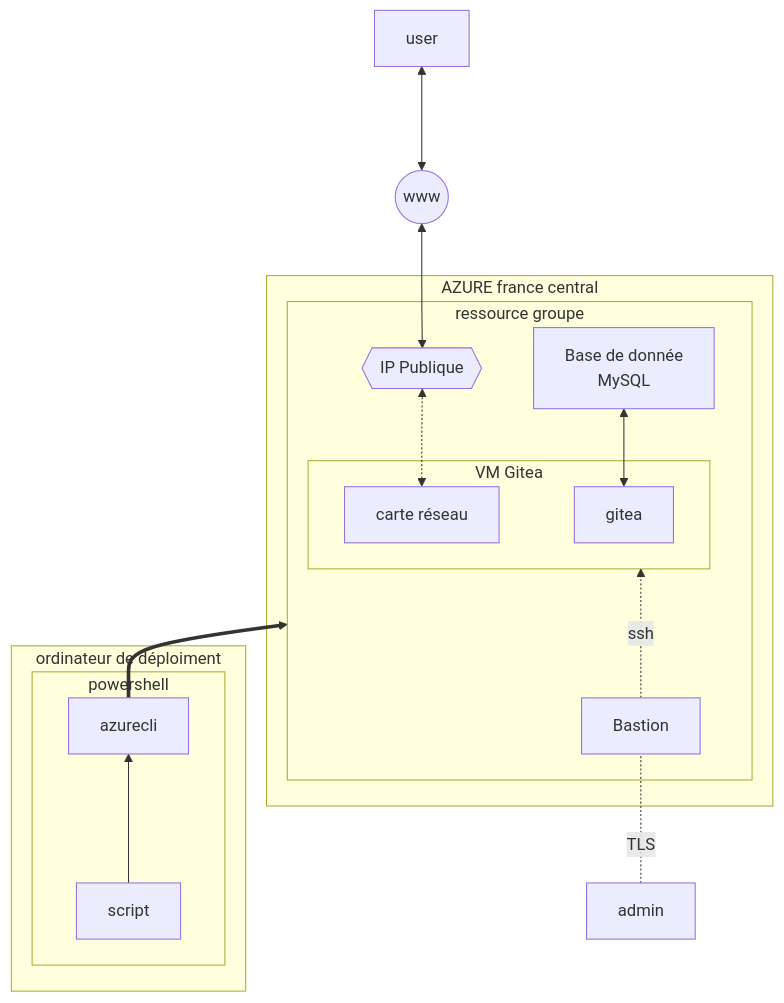
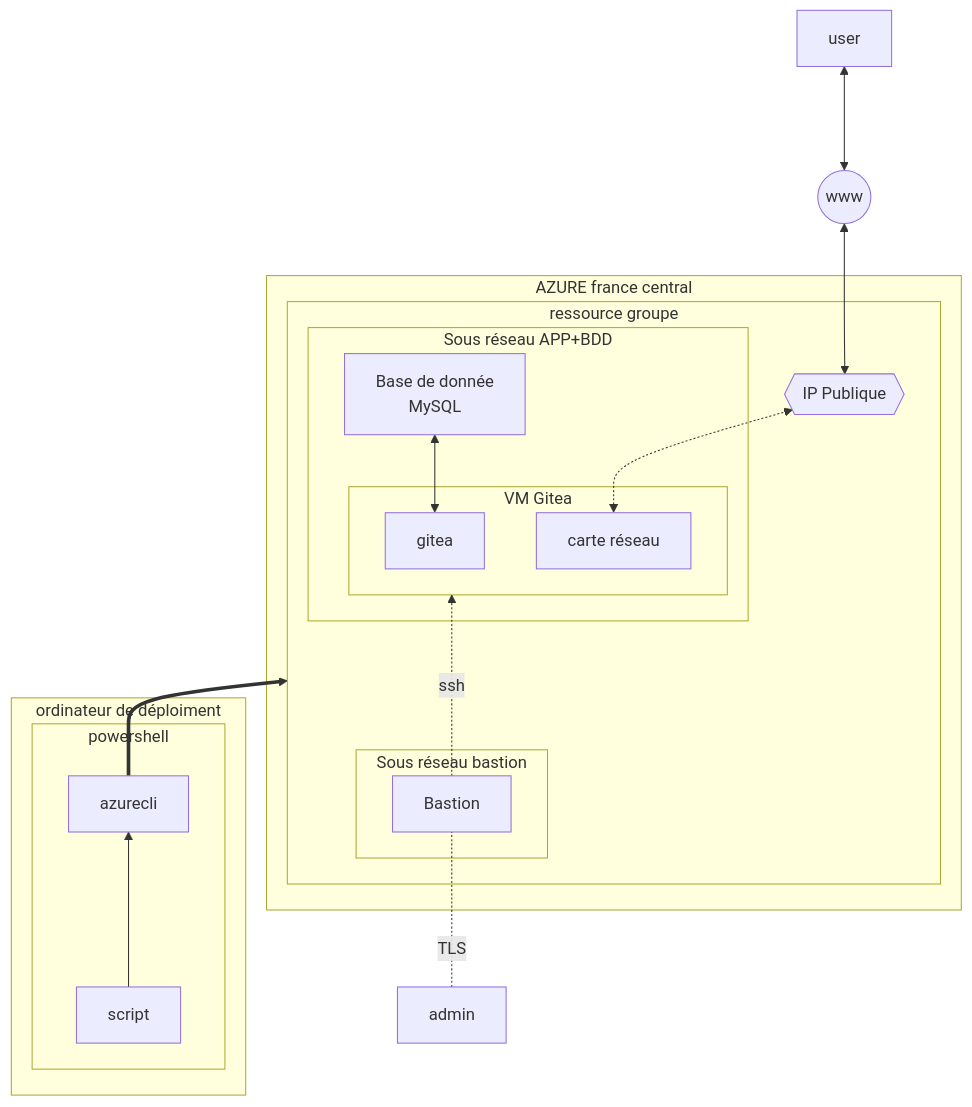
The diagram in Plan.md (ANDRIAMAROFAHATRA/Brief_3_Groupe1), drawn with Mermaid before and after one commit.

````diff
--- a/Plan.md
+++ b/Plan.md
@@ -2,23 +2,28 @@
 ```mermaid
 flowchart BT
     subgraph azr[AZURE france central]
         subgraph rsgrp[ressource groupe]
+        subgraph sbvnt1[Sous réseau bastion]
         bstn[Bastion]
+        end
         ippr{{IP Publique}}
+    
+        subgraph sbvnt2[Sous réseau APP+BDD]
         subgraph VMgitea[VM Gitea]
         gitea
         crt[carte réseau]
         end
         DB[Base de donnée\nMySQL]
+        end
         end
     end
     subgraph dplmnt[ordinateur de déploiment]
     subgraph pwrshll[powershell]
     script-->azurecli
     end
     end
 azurecli==>rsgrp
 gitea<-->DB
 admin-.TLS.-bstn-.ssh.->VMgitea
 crt<-.->ippr<-->www((www))<--->usr[user]
 ```
````
